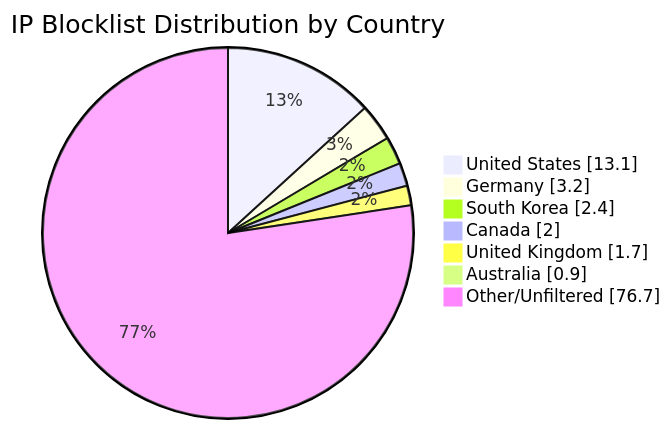
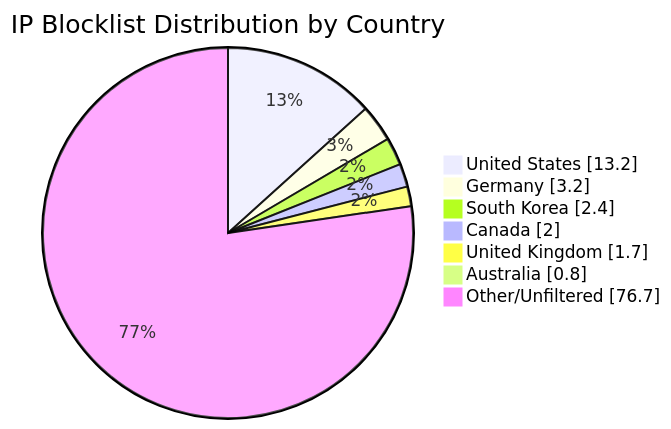
Before and after one commit to MarcusHoltz/ipblocklist-geofiltered-aggregator: the diagram in README.md, drawn with Mermaid. The commit also changed other lines of this file and 9 other files, not shown here.

````diff
--- a/README.md
+++ b/README.md
@@ -34,10 +34,10 @@
 ```mermaid
 pie showData title IP Blocklist Distribution by Country
-"United States" : 13.1
+"United States" : 13.2
 "Germany" : 3.2
 "South Korea" : 2.4
 "Canada" : 2.0
 "United Kingdom" : 1.7
-"Australia" : 0.9
+"Australia" : 0.8
 "Other/Unfiltered" : 76.7
 ```
````
